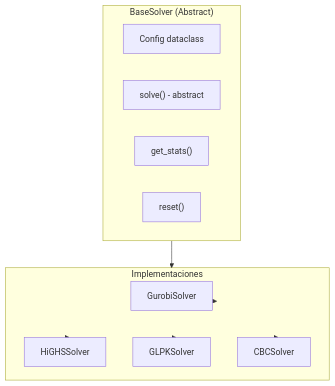
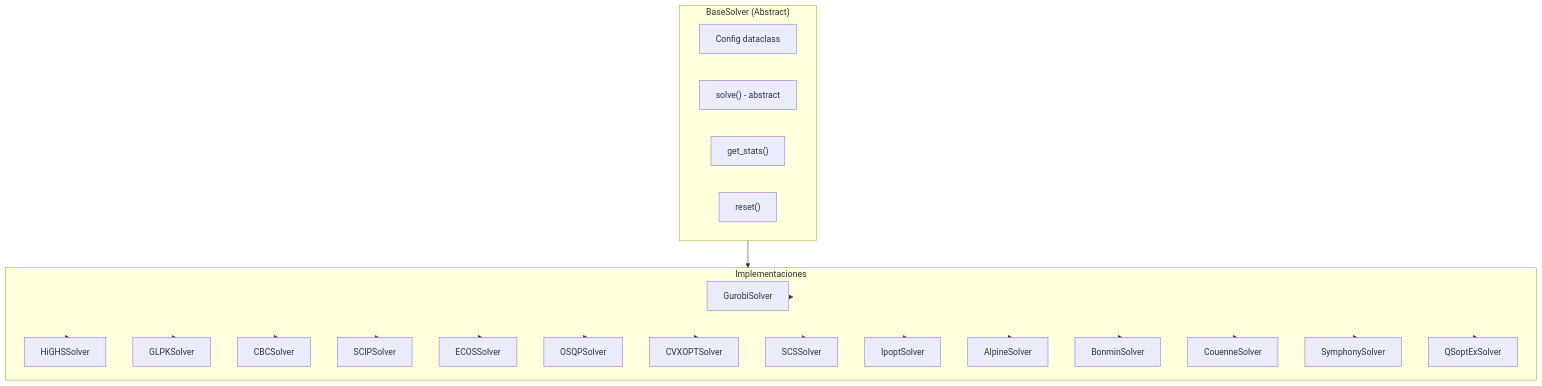
One commit to Oyhs-co/ISLA-LP-Benchmark changed the fifth of 35 diagrams in README.md. Above: the diagram before and after it, drawn with Mermaid. The commit also changed other lines of this file and 7 other files, not shown here.

````diff
--- a/README.md
+++ b/README.md
@@ -284,22 +305,44 @@
 ```mermaid
 flowchart TB
     subgraph BASE["BaseSolver (Abstract)"]
         CONFIG["Config dataclass"]
         SOLVE["solve() - abstract"]
         STATS["get_stats()"]
         RESET["reset()"]
     end
     
     subgraph IMPLEMENTATIONS["Implementaciones"]
         GUROBI["GurobiSolver"]
         HIGHS["HiGHSSolver"]
         GLPK["GLPKSolver"]
         CBC["CBCSolver"]
+        SCIP["SCIPSolver"]
+        ECOS["ECOSSolver"]
+        OSQP["OSQPSolver"]
+        CVXOPT["CVXOPTSolver"]
+        SCS["SCSSolver"]
+        IPOPT["IpoptSolver"]
+        ALPINE["AlpineSolver"]
+        BONMIN["BonminSolver"]
+        COUENNE["CouenneSolver"]
+        SYMPHONY["SymphonySolver"]
+        QSOPTEX["QSoptExSolver"]
     end
     
     BASE --> IMPLEMENTATIONS
     IMPLEMENTATIONS --> GUROBI
     IMPLEMENTATIONS --> HIGHS
     IMPLEMENTATIONS --> GLPK
     IMPLEMENTATIONS --> CBC
+    IMPLEMENTATIONS --> SCIP
+    IMPLEMENTATIONS --> ECOS
+    IMPLEMENTATIONS --> OSQP
+    IMPLEMENTATIONS --> CVXOPT
+    IMPLEMENTATIONS --> SCS
+    IMPLEMENTATIONS --> IPOPT
+    IMPLEMENTATIONS --> ALPINE
+    IMPLEMENTATIONS --> BONMIN
+    IMPLEMENTATIONS --> COUENNE
+    IMPLEMENTATIONS --> SYMPHONY
+    IMPLEMENTATIONS --> QSOPTEX
 ```
````
